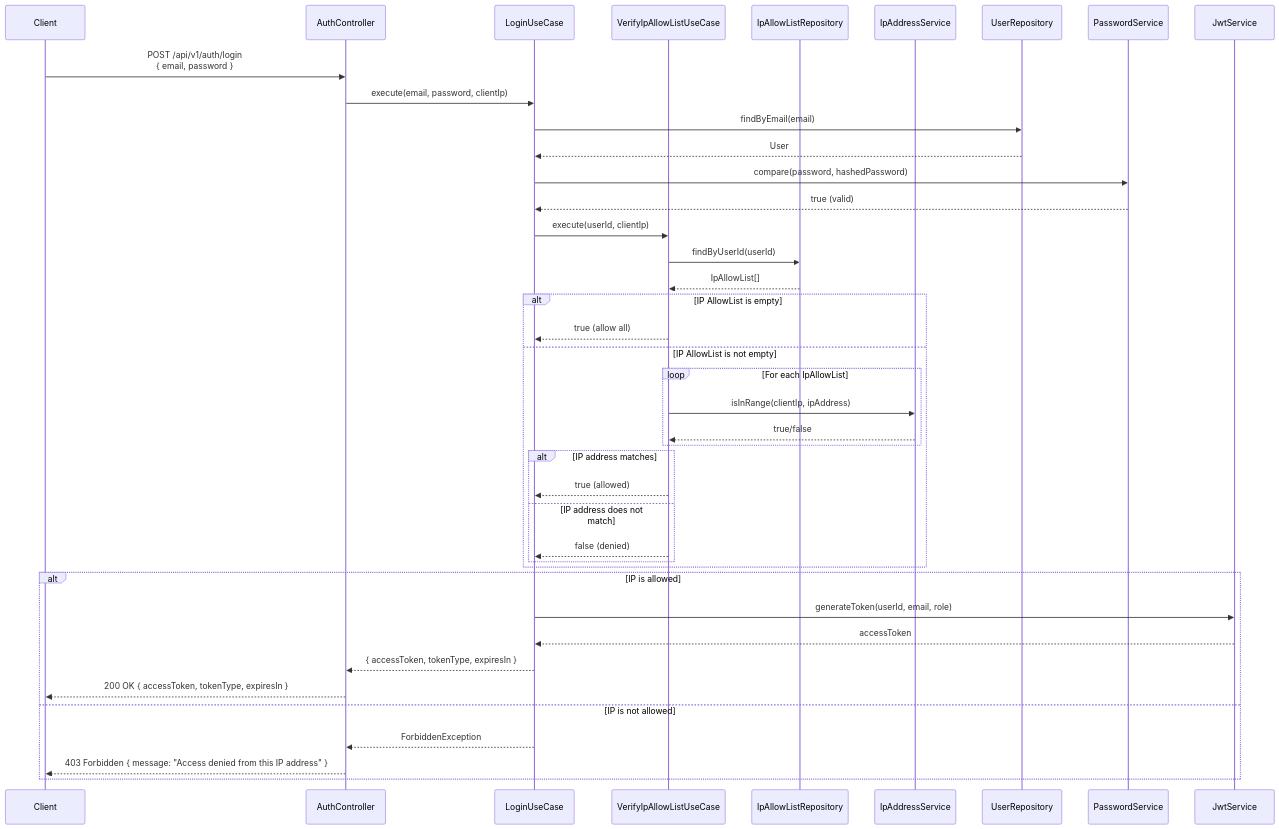
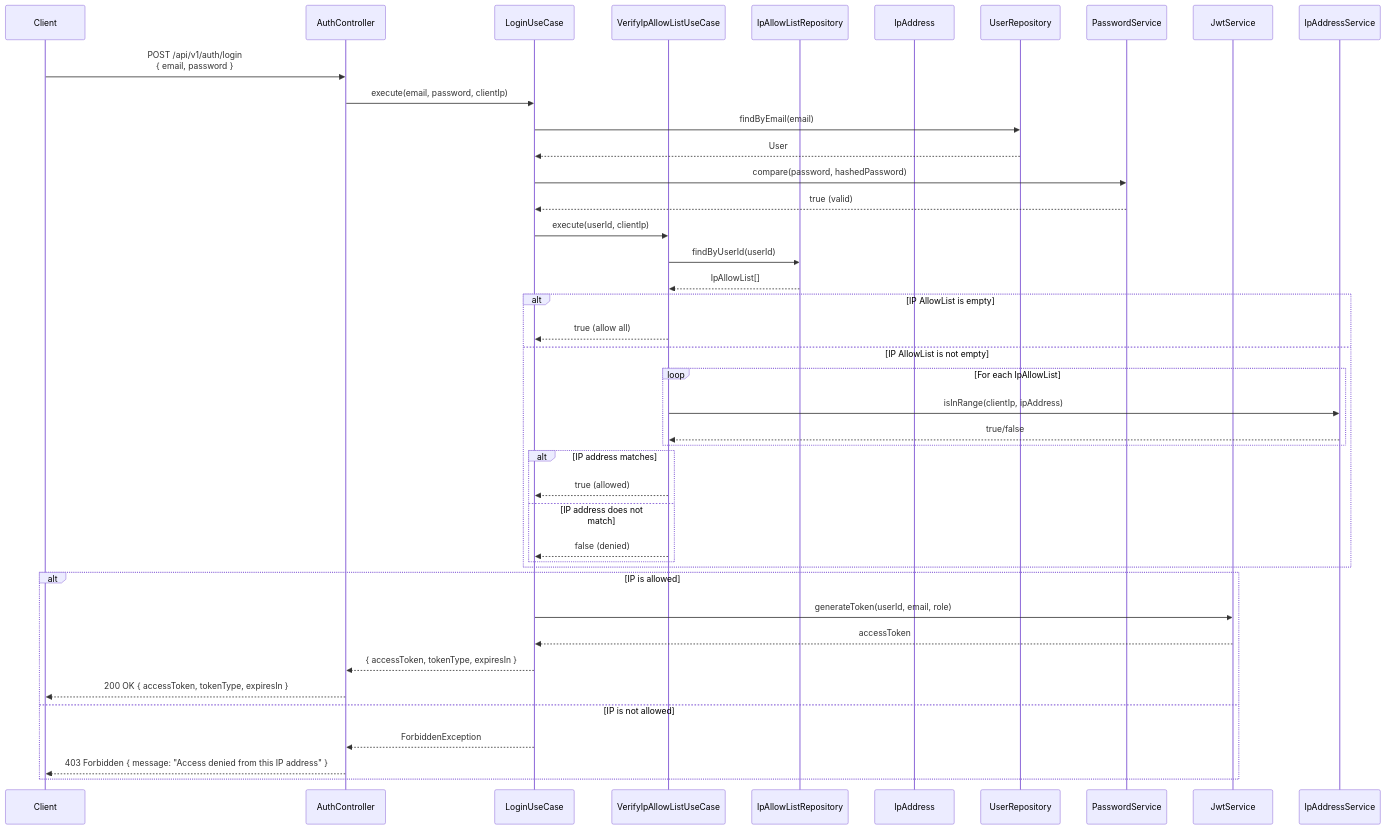
Before and after one commit to kencom2400/MrWebDefence-Console: the fourth of 4 diagrams in docs/detailed-design/MWD-31_ip-allowlist-implementation/sequence-diagrams.md, drawn with Mermaid. The commit also changed other lines of this file and 4 other files, not shown here.

````diff
--- a/docs/detailed-design/MWD-31_ip-allowlist-implementation/sequence-diagrams.md
+++ b/docs/detailed-design/MWD-31_ip-allowlist-implementation/sequence-diagrams.md
@@ -80,51 +80,51 @@
 ```mermaid
 sequenceDiagram
     participant Client
     participant AuthController
     participant LoginUseCase
     participant VerifyIpAllowListUseCase
     participant IpAllowListRepository
-    participant IpAddressService
+    participant IpAddress
     participant UserRepository
     participant PasswordService
     participant JwtService
 
     Client->>AuthController: POST /api/v1/auth/login<br/>{ email, password }
     AuthController->>LoginUseCase: execute(email, password, clientIp)
     
     LoginUseCase->>UserRepository: findByEmail(email)
     UserRepository-->>LoginUseCase: User
     
     LoginUseCase->>PasswordService: compare(password, hashedPassword)
     PasswordService-->>LoginUseCase: true (valid)
     
     LoginUseCase->>VerifyIpAllowListUseCase: execute(userId, clientIp)
     
     VerifyIpAllowListUseCase->>IpAllowListRepository: findByUserId(userId)
     IpAllowListRepository-->>VerifyIpAllowListUseCase: IpAllowList[]
     
     alt IP AllowList is empty
         VerifyIpAllowListUseCase-->>LoginUseCase: true (allow all)
     else IP AllowList is not empty
         loop For each IpAllowList
             VerifyIpAllowListUseCase->>IpAddressService: isInRange(clientIp, ipAddress)
             IpAddressService-->>VerifyIpAllowListUseCase: true/false
         end
         
         alt IP address matches
             VerifyIpAllowListUseCase-->>LoginUseCase: true (allowed)
         else IP address does not match
             VerifyIpAllowListUseCase-->>LoginUseCase: false (denied)
         end
     end
     
     alt IP is allowed
         LoginUseCase->>JwtService: generateToken(userId, email, role)
         JwtService-->>LoginUseCase: accessToken
         LoginUseCase-->>AuthController: { accessToken, tokenType, expiresIn }
         AuthController-->>Client: 200 OK { accessToken, tokenType, expiresIn }
     else IP is not allowed
         LoginUseCase-->>AuthController: ForbiddenException
         AuthController-->>Client: 403 Forbidden { message: "Access denied from this IP address" }
     end
 ```
````
